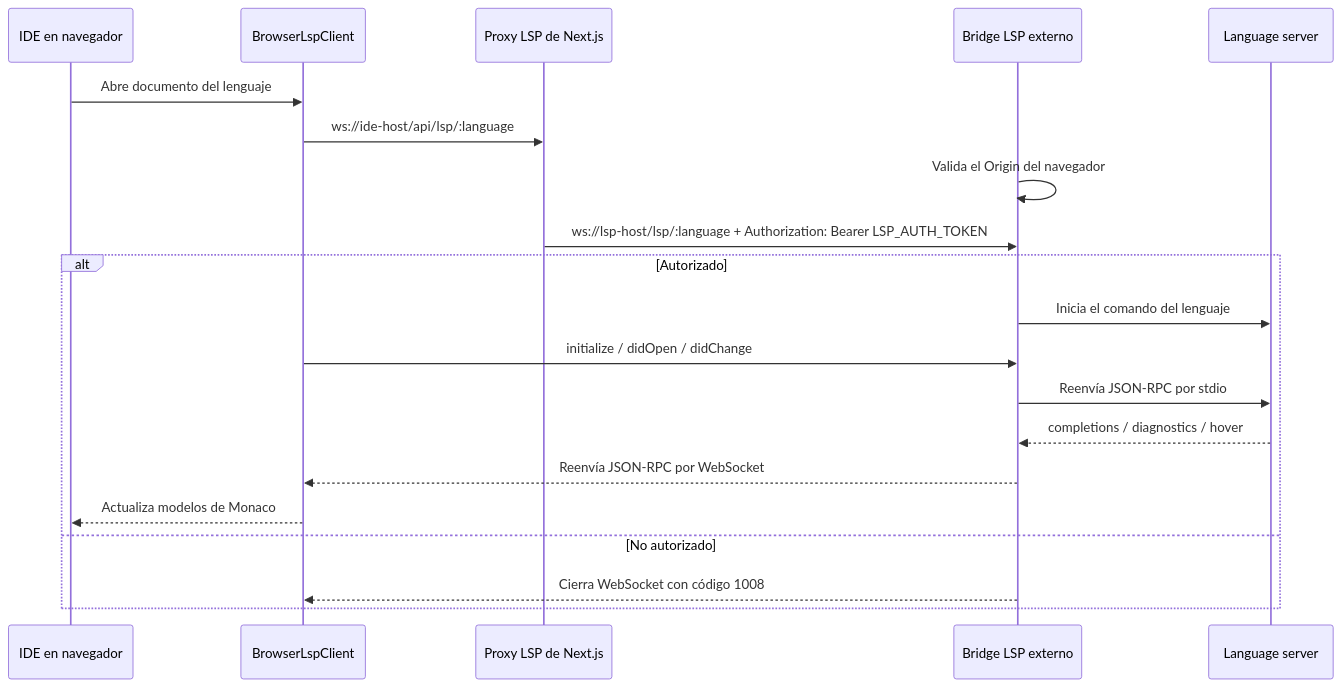
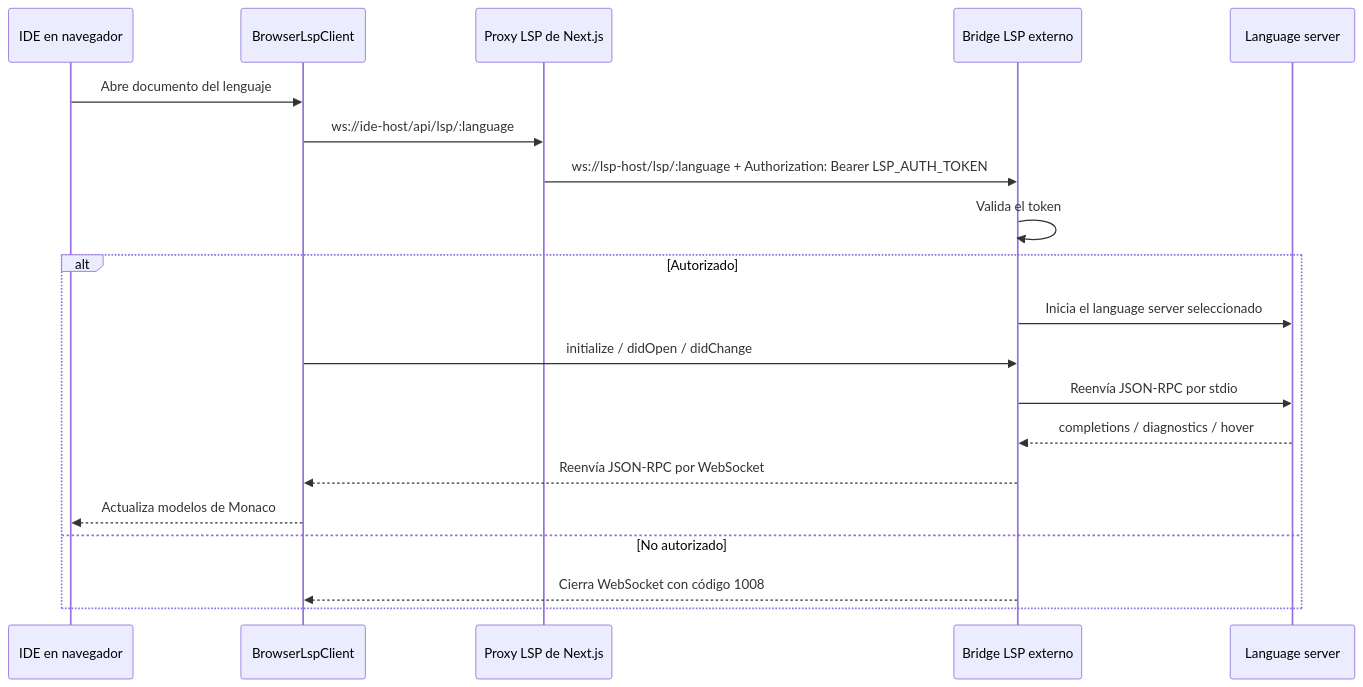
The second of 2 diagrams in README.es.md (OnlineJudgeBo/patito-ide-lsp-server), drawn with Mermaid before and after one commit. The commit also changed other lines of this file and 2 other files, not shown here.

````diff
--- a/README.es.md
+++ b/README.es.md
@@ -37,23 +44,23 @@
 ```mermaid
 sequenceDiagram
   participant B as IDE en navegador
   participant C as BrowserLspClient
   participant P as Proxy LSP de Next.js
   participant W as Bridge LSP externo
   participant L as Language server
 
   B->>C: Abre documento del lenguaje
   C->>P: ws://ide-host/api/lsp/:language
-  W->>W: Valida el Origin del navegador
   P->>W: ws://lsp-host/lsp/:language + Authorization: Bearer LSP_AUTH_TOKEN
+  W->>W: Valida el token
   alt Autorizado
-    W->>L: Inicia el comando del lenguaje
+    W->>L: Inicia el language server seleccionado
     C->>W: initialize / didOpen / didChange
     W->>L: Reenvía JSON-RPC por stdio
     L-->>W: completions / diagnostics / hover
     W-->>C: Reenvía JSON-RPC por WebSocket
     C-->>B: Actualiza modelos de Monaco
   else No autorizado
     W-->>C: Cierra WebSocket con código 1008
   end
 ```
````
